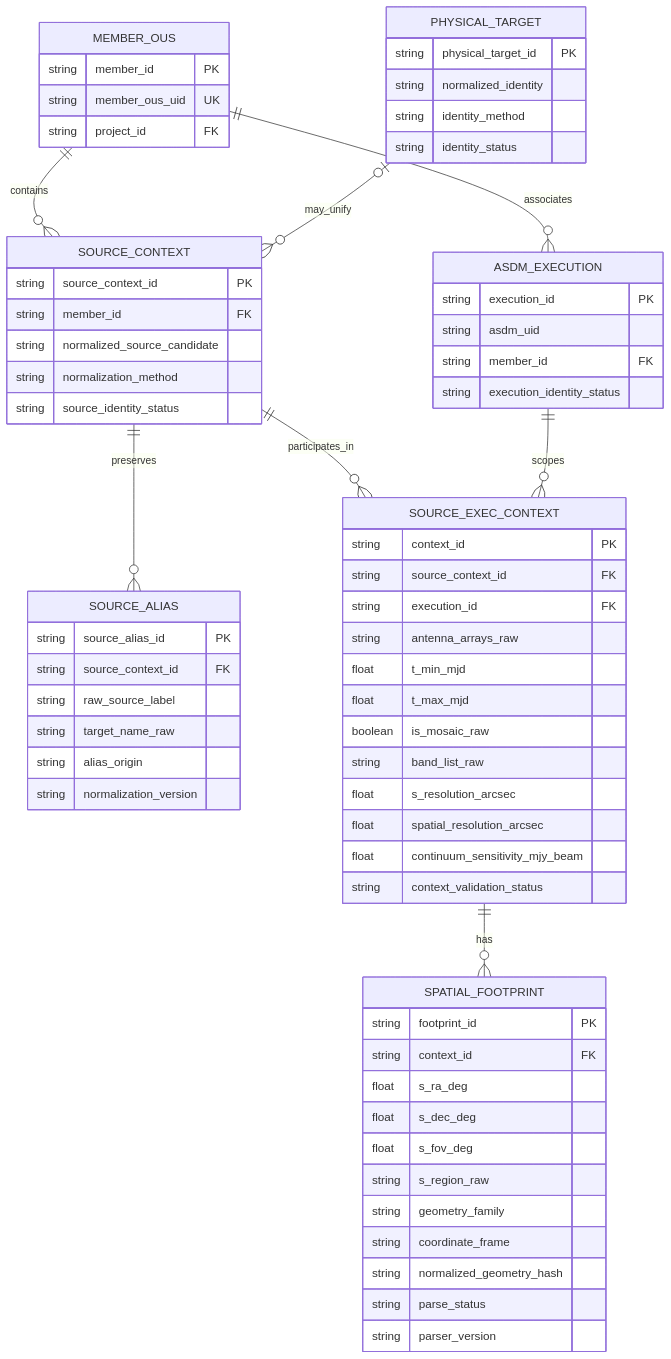
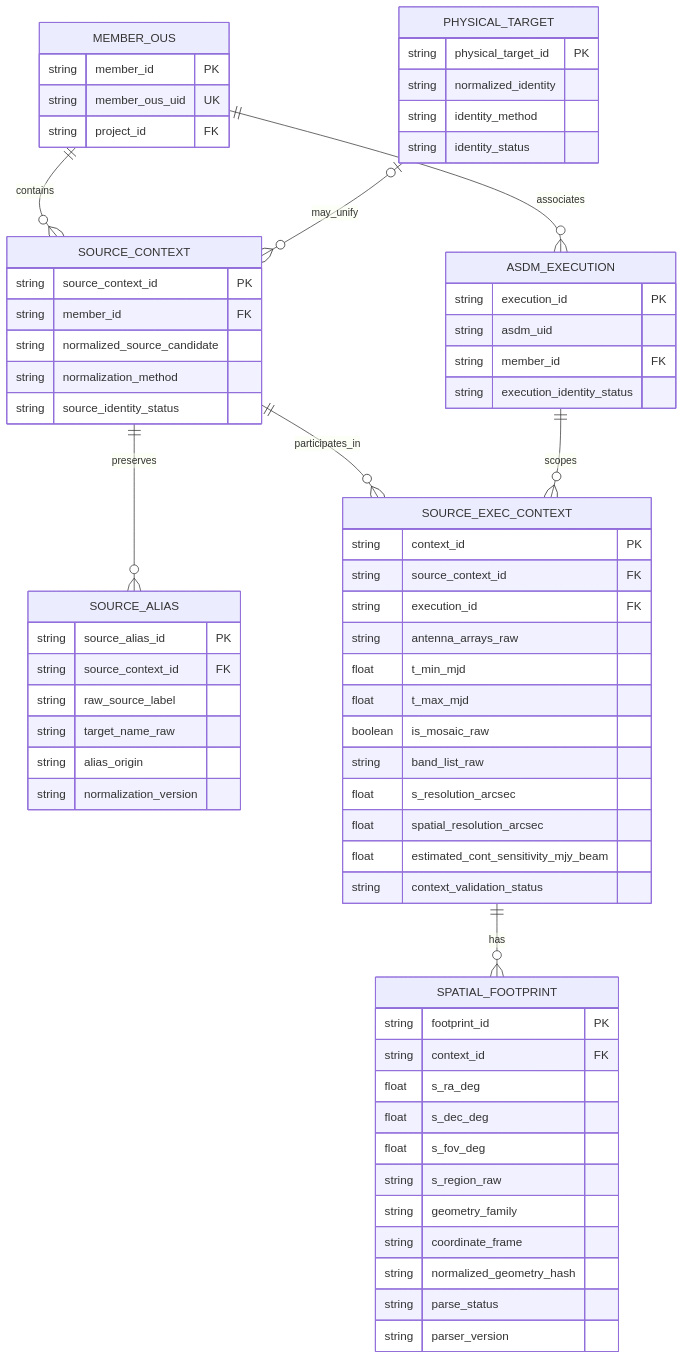
The third of 4 diagrams in docs/data_model.md (skycharon2/alma-duplication-tool), drawn with Mermaid before and after one commit. The commit also changed other lines of this file and 1 other file, not shown here.

````diff
--- a/docs/data_model.md
+++ b/docs/data_model.md
@@ -198,76 +219,76 @@
 ```mermaid
 erDiagram
     MEMBER_OUS ||--o{ SOURCE_CONTEXT : contains
     MEMBER_OUS ||--o{ ASDM_EXECUTION : associates
     SOURCE_CONTEXT ||--o{ SOURCE_ALIAS : preserves
     SOURCE_CONTEXT ||--o{ SOURCE_EXEC_CONTEXT : participates_in
     ASDM_EXECUTION ||--o{ SOURCE_EXEC_CONTEXT : scopes
     SOURCE_EXEC_CONTEXT ||--o{ SPATIAL_FOOTPRINT : has
     PHYSICAL_TARGET o|--o{ SOURCE_CONTEXT : may_unify
 
     MEMBER_OUS {
         string member_id PK
         string member_ous_uid UK
         string project_id FK
     }
 
     ASDM_EXECUTION {
         string execution_id PK
         string asdm_uid
         string member_id FK
         string execution_identity_status
     }
 
     SOURCE_CONTEXT {
         string source_context_id PK
         string member_id FK
         string normalized_source_candidate
         string normalization_method
         string source_identity_status
     }
 
     SOURCE_ALIAS {
         string source_alias_id PK
         string source_context_id FK
         string raw_source_label
         string target_name_raw
         string alias_origin
         string normalization_version
     }
 
     SOURCE_EXEC_CONTEXT {
         string context_id PK
         string source_context_id FK
         string execution_id FK
         string antenna_arrays_raw
         float t_min_mjd
         float t_max_mjd
         boolean is_mosaic_raw
         string band_list_raw
         float s_resolution_arcsec
         float spatial_resolution_arcsec
-        float continuum_sensitivity_mjy_beam
+        float estimated_cont_sensitivity_mjy_beam
         string context_validation_status
     }
 
     SPATIAL_FOOTPRINT {
         string footprint_id PK
         string context_id FK
         float s_ra_deg
         float s_dec_deg
         float s_fov_deg
         string s_region_raw
         string geometry_family
         string coordinate_frame
         string normalized_geometry_hash
         string parse_status
         string parser_version
     }
 
     PHYSICAL_TARGET {
         string physical_target_id PK
         string normalized_identity
         string identity_method
         string identity_status
     }
 ```
````
